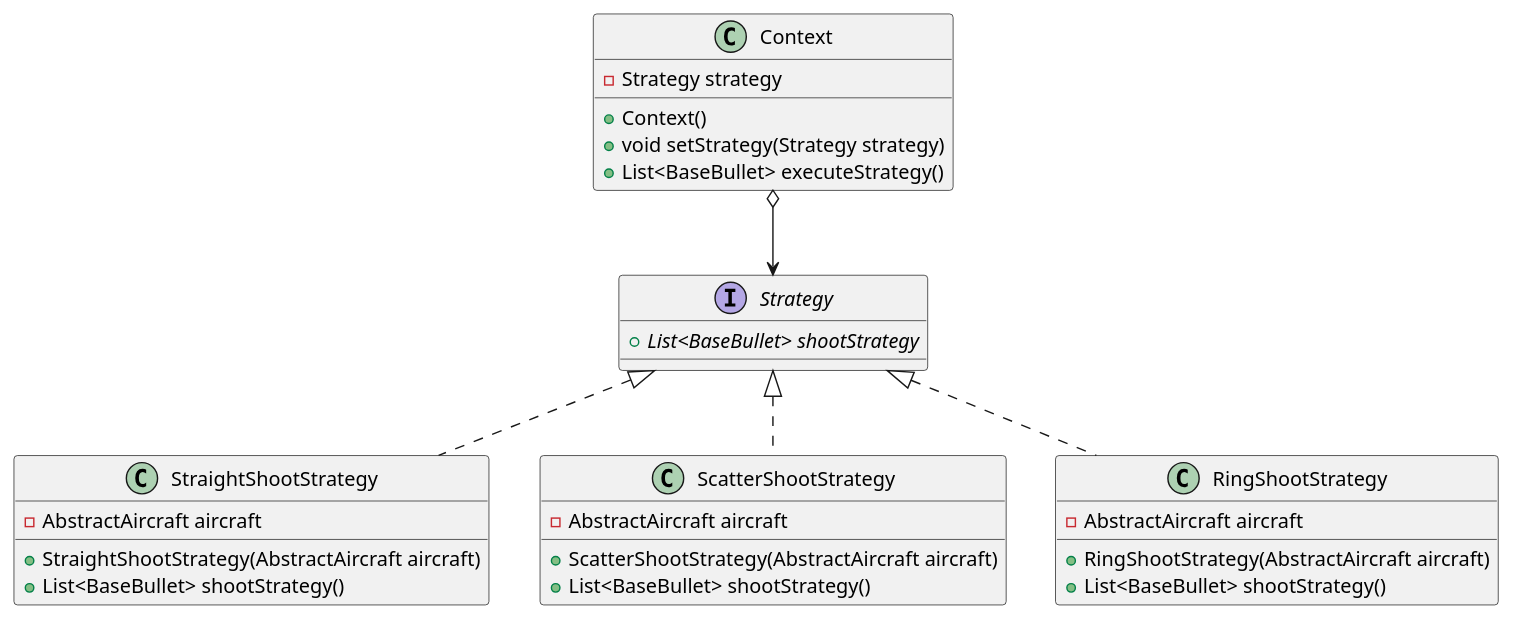
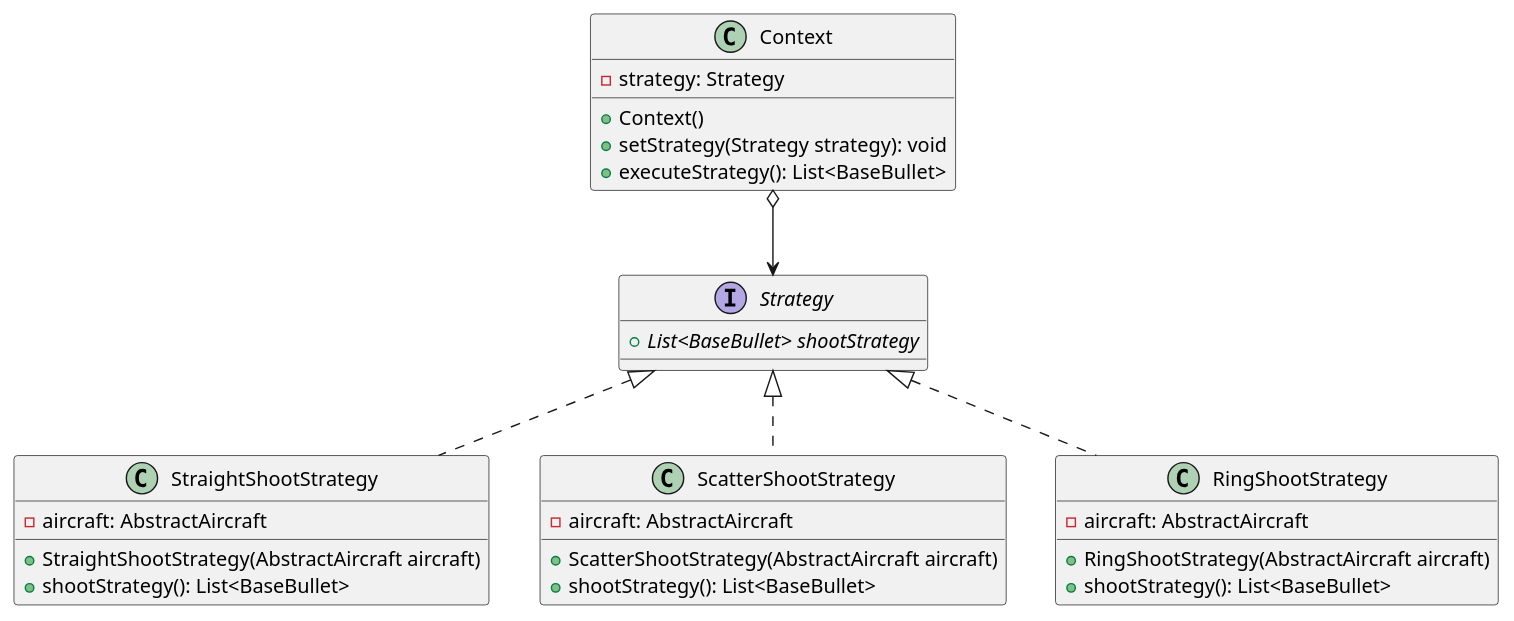
One commit to Jin-zd/AircraftWar changed the diagram in uml/Strategy.puml. Above: the diagram before and after it, drawn with PlantUML. The commit also changed 15 other files, not shown here.

```diff
--- a/uml/Strategy.puml
+++ b/uml/Strategy.puml
@@ -1,38 +1,38 @@
 @startuml
 'https://plantuml.com/sequence-diagram
 
 interface Strategy {
     + {abstract} List<BaseBullet> shootStrategy
 }
 
 class StraightShootStrategy {
-    - AbstractAircraft aircraft
+    - aircraft: AbstractAircraft
     + StraightShootStrategy(AbstractAircraft aircraft)
-    + List<BaseBullet> shootStrategy()
+    + shootStrategy(): List<BaseBullet>
 }
 
 class ScatterShootStrategy {
-    - AbstractAircraft aircraft
+    - aircraft: AbstractAircraft
     + ScatterShootStrategy(AbstractAircraft aircraft)
-    + List<BaseBullet> shootStrategy()
+    + shootStrategy(): List<BaseBullet>
 }
 
 class RingShootStrategy {
-    - AbstractAircraft aircraft
+    - aircraft: AbstractAircraft
     + RingShootStrategy(AbstractAircraft aircraft)
-    + List<BaseBullet> shootStrategy()
+    + shootStrategy(): List<BaseBullet>
 }
 
 Strategy <|.. StraightShootStrategy
 Strategy <|.. ScatterShootStrategy
 Strategy <|.. RingShootStrategy
 
 class Context {
-    - Strategy strategy
+    - strategy: Strategy
     + Context()
-    + void setStrategy(Strategy strategy)
-    + List<BaseBullet> executeStrategy()
+    + setStrategy(Strategy strategy): void
+    + executeStrategy(): List<BaseBullet>
 }
 
 Context o--> Strategy
 @enduml
```
